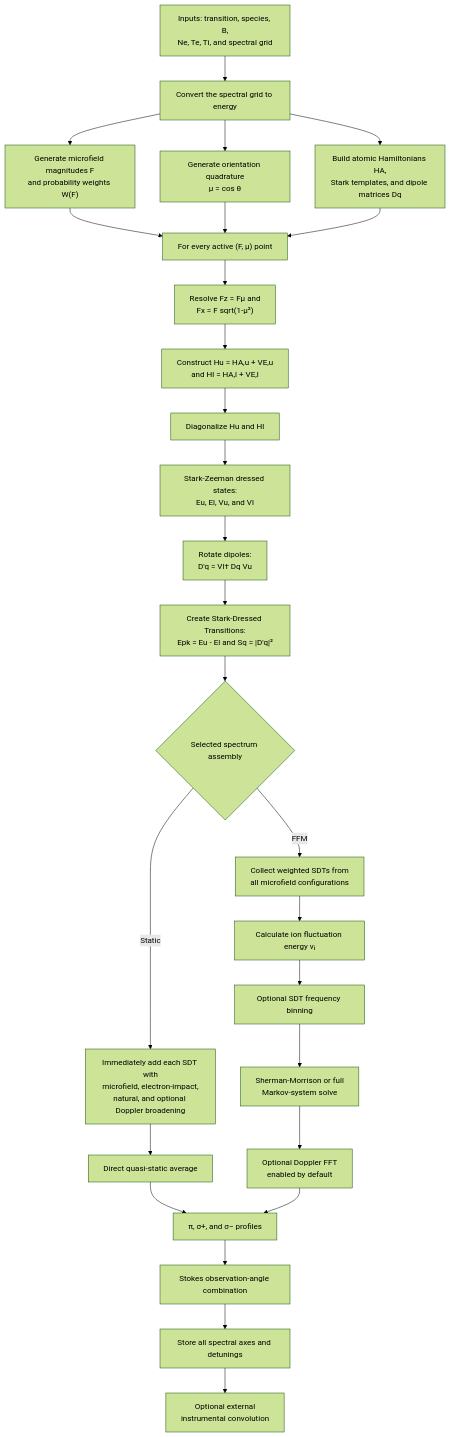
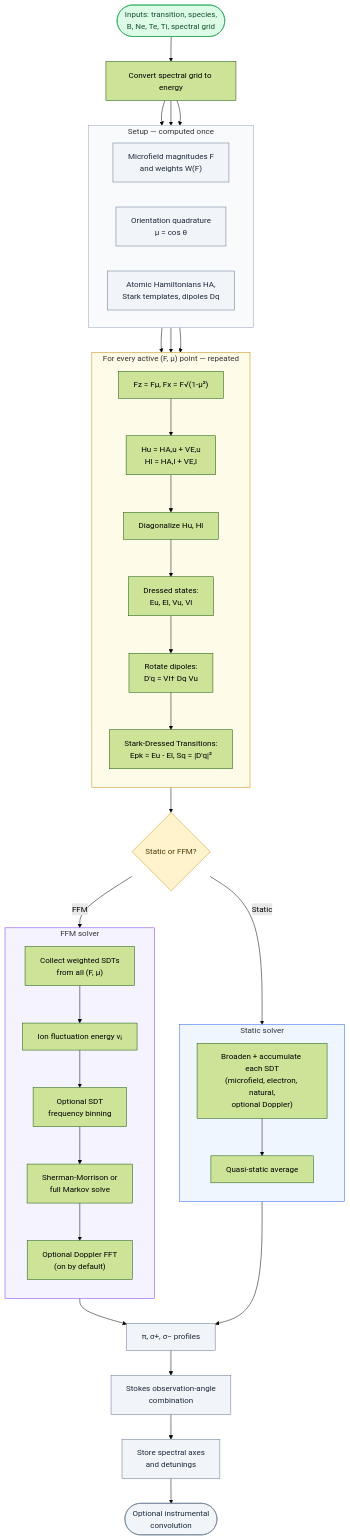
The diagram in docs/source/manual_workflow.rst (gronchi/StarkZee), drawn with Mermaid (forest theme) before and after one commit. The commit also changed 3 other files, not shown here.

First line of the commit message:
Self-host MathJax v3 and redesign the mermaid flowcharts

```diff
--- a/docs/source/manual_workflow.rst
+++ b/docs/source/manual_workflow.rst
@@ -55,34 +55,66 @@
 .. mermaid::
    :name: calculation-flowchart
 
    flowchart TD
-       A["Inputs: transition, species, B,<br/>Ne, Te, Ti, and spectral grid"] --> B["Convert the spectral grid to energy"]
-       B --> C["Generate microfield magnitudes F<br/>and probability weights W(F)"]
-       B --> D["Generate orientation quadrature<br/>μ = cos θ"]
-       B --> E["Build atomic Hamiltonians HA,<br/>Stark templates, and dipole matrices Dq"]
+       A(["Inputs: transition, species,<br/>B, Ne, Te, Ti, spectral grid"]) --> B["Convert spectral grid to energy"]
 
-       C --> F["For every active (F, μ) point"]
-       D --> F
-       E --> F
-       F --> G["Resolve Fz = Fμ and<br/>Fx = F sqrt(1-μ²)"]
-       G --> H["Construct Hu = HA,u + VE,u<br/>and Hl = HA,l + VE,l"]
-       H --> I["Diagonalize Hu and Hl"]
-       I --> J["Stark-Zeeman dressed states:<br/>Eu, El, Vu, and Vl"]
-       J --> K["Rotate dipoles:<br/>D'q = Vl† Dq Vu"]
-       K --> L["Create Stark-Dressed Transitions:<br/>Epk = Eu - El and Sq = |D'q|²"]
+       subgraph setup["Setup — computed once"]
+           direction LR
+           C["Microfield magnitudes F<br/>and weights W(F)"]
+           D["Orientation quadrature<br/>μ = cos θ"]
+           E["Atomic Hamiltonians HA,<br/>Stark templates, dipoles Dq"]
+       end
+       B --> C
+       B --> D
+       B --> E
 
-       L --> M{"Selected spectrum assembly"}
-       M -- Static --> N["Immediately add each SDT with<br/>microfield, electron-impact,<br/>natural, and optional Doppler broadening"]
-       N --> O["Direct quasi-static average"]
+       subgraph loop["For every active (F, μ) point — repeated"]
+           direction TB
+           G["Fz = Fμ,  Fx = F√(1-μ²)"]
+           G --> H["Hu = HA,u + VE,u<br/>Hl = HA,l + VE,l"]
+           H --> I["Diagonalize Hu, Hl"]
+           I --> J["Dressed states:<br/>Eu, El, Vu, Vl"]
+           J --> K["Rotate dipoles:<br/>D'q = Vl† Dq Vu"]
+           K --> L["Stark-Dressed Transitions:<br/>Epk = Eu - El,  Sq = |D'q|²"]
+       end
+       C --> G
+       D --> G
+       E --> G
 
-       M -- FFM --> P["Collect weighted SDTs from<br/>all microfield configurations"]
-       P --> Q["Calculate ion fluctuation energy νᵢ"]
-       Q --> R["Optional SDT frequency binning"]
-       R --> S["Sherman-Morrison or full<br/>Markov-system solve"]
-       S --> T["Optional Doppler FFT<br/>enabled by default"]
+       L --> M{"Static or FFM?"}
 
-       O --> U["π, σ+, and σ− profiles"]
+       subgraph static_path["Static solver"]
+           direction TB
+           N["Broaden + accumulate each SDT<br/>(microfield, electron, natural,<br/>optional Doppler)"] --> O["Quasi-static average"]
+       end
+       M -- Static --> N
+
+       subgraph ffm_path["FFM solver"]
+           direction TB
+           P["Collect weighted SDTs<br/>from all (F, μ)"] --> Q["Ion fluctuation energy νᵢ"]
+           Q --> R["Optional SDT<br/>frequency binning"]
+           R --> S["Sherman-Morrison or<br/>full Markov solve"]
+           S --> T["Optional Doppler FFT<br/>(on by default)"]
+       end
+       M -- FFM --> P
+
+       O --> U["π, σ+, σ− profiles"]
        T --> U
-       U --> V["Stokes observation-angle combination"]
-       V --> W["Store all spectral axes and detunings"]
-       W --> X["Optional external<br/>instrumental convolution"]
+       U --> V["Stokes observation-angle<br/>combination"]
+       V --> W["Store spectral axes<br/>and detunings"]
+       W --> X(["Optional instrumental<br/>convolution"])
+
+       classDef setupNode fill:#f1f5f9,stroke:#64748b,color:#1e293b
+       classDef decision fill:#fff3cd,stroke:#c9971d,color:#4a3800
+       classDef terminal fill:#dcfce7,stroke:#16a34a,color:#14532d
+       classDef outNode fill:#f1f5f9,stroke:#64748b,color:#1e293b
+
+       class C,D,E setupNode
+       class M decision
+       class A terminal
+       class U,V,W,X outNode
+
+       style loop fill:#fefce8,stroke:#ca8a04
+       style static_path fill:#eff6ff,stroke:#2563eb
+       style ffm_path fill:#f5f3ff,stroke:#7c3aed
+       style setup fill:#f8fafc,stroke:#94a3b8
```
